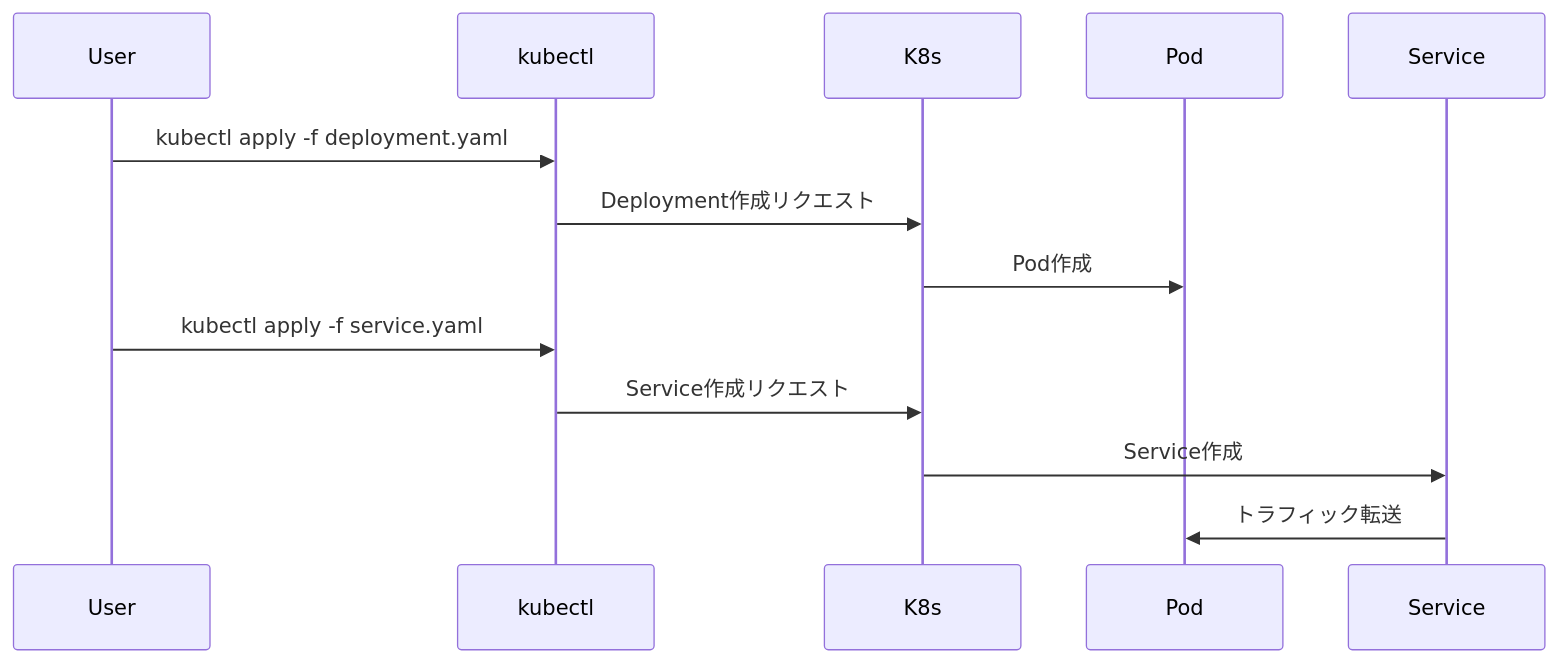
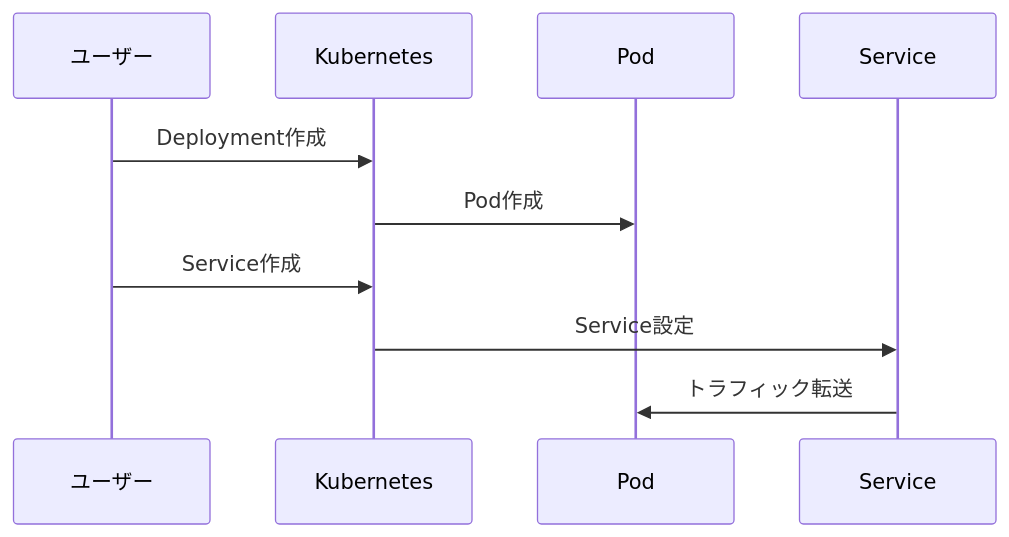
One commit to haruka-aibara/haruka-aibara changed the diagram in docs/Kubernetes/03_Kubernetesのセットアップ/03-01_初めてのアプリケーションのデプロイ.md. Above: the diagram before and after it, drawn with Mermaid. The commit also changed other lines of this file and 37 other files, not shown here.

````diff
--- a/docs/Kubernetes/03_Kubernetesのセットアップ/03-01_初めてのアプリケーションのデプロイ.md
+++ b/docs/Kubernetes/03_Kubernetesのセットアップ/03-01_初めてのアプリケーションのデプロイ.md
@@ -54,16 +71,13 @@
 ```mermaid
 sequenceDiagram
-    participant User
-    participant kubectl
-    participant K8s
-    participant Pod
-    participant Service
+    participant User as ユーザー
+    participant K8s as Kubernetes
+    participant Pod as Pod
+    participant Service as Service
 
-    User->>kubectl: kubectl apply -f deployment.yaml
-    kubectl->>K8s: Deployment作成リクエスト
+    User->>K8s: Deployment作成
     K8s->>Pod: Pod作成
-    User->>kubectl: kubectl apply -f service.yaml
-    kubectl->>K8s: Service作成リクエスト
-    K8s->>Service: Service作成
+    User->>K8s: Service作成
+    K8s->>Service: Service設定
     Service->>Pod: トラフィック転送
 ```
````
